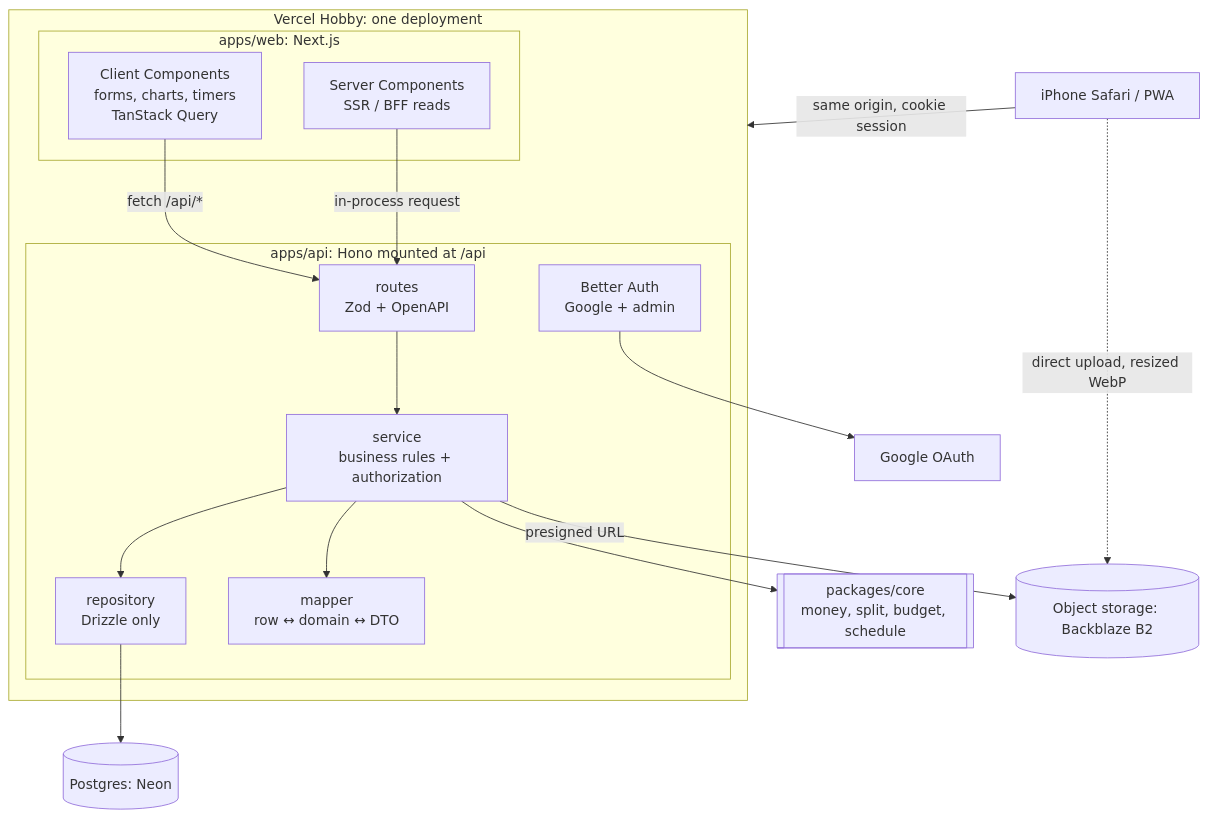
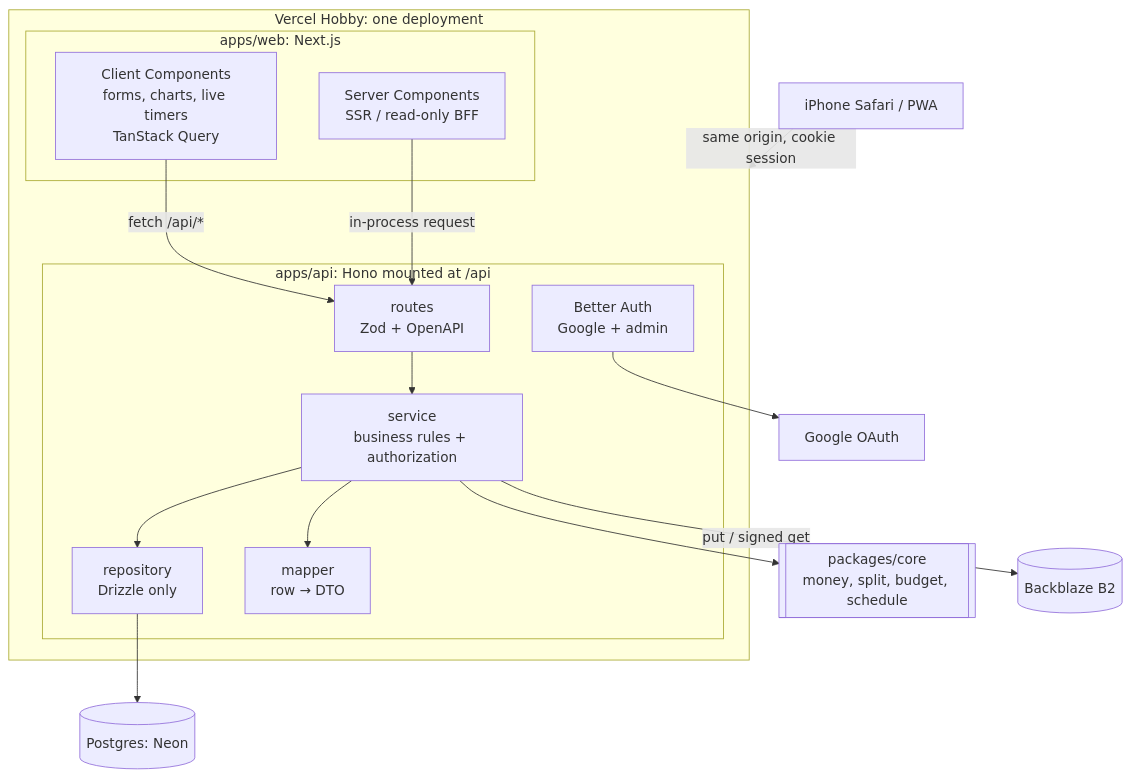
Before and after one commit to tiphurin/iPlan: the diagram in README.md, drawn with Mermaid. The commit also changed other lines of this file and 5 other files, not shown here.

````diff
--- a/README.md
+++ b/README.md
@@ -38,23 +52,22 @@
 ```mermaid
 flowchart TB
   B[iPhone Safari / PWA] -->|same origin, cookie session| V
   subgraph V[Vercel Hobby: one deployment]
     subgraph W[apps/web: Next.js]
-      CC[Client Components<br/>forms, charts, timers<br/>TanStack Query]
-      SC[Server Components<br/>SSR / BFF reads]
+      CC[Client Components<br/>forms, charts, live timers<br/>TanStack Query]
+      SC[Server Components<br/>SSR / read-only BFF]
     end
     subgraph A[apps/api: Hono mounted at /api]
       R[routes<br/>Zod + OpenAPI] --> S[service<br/>business rules + authorization]
       S --> RP[repository<br/>Drizzle only]
-      S --> M[mapper<br/>row ↔ domain ↔ DTO]
+      S --> M[mapper<br/>row → DTO]
       AU[Better Auth<br/>Google + admin]
     end
     CC -->|fetch /api/*| R
     SC -->|in-process request| R
   end
   S --> CORE[[packages/core<br/>money, split, budget, schedule]]
   RP --> PG[(Postgres: Neon)]
-  S -->|presigned URL| OS[(Object storage: Backblaze B2)]
-  B -. direct upload, resized WebP .-> OS
+  S -->|put / signed get| OS[(Backblaze B2)]
   AU --> G[Google OAuth]
 ```
````
